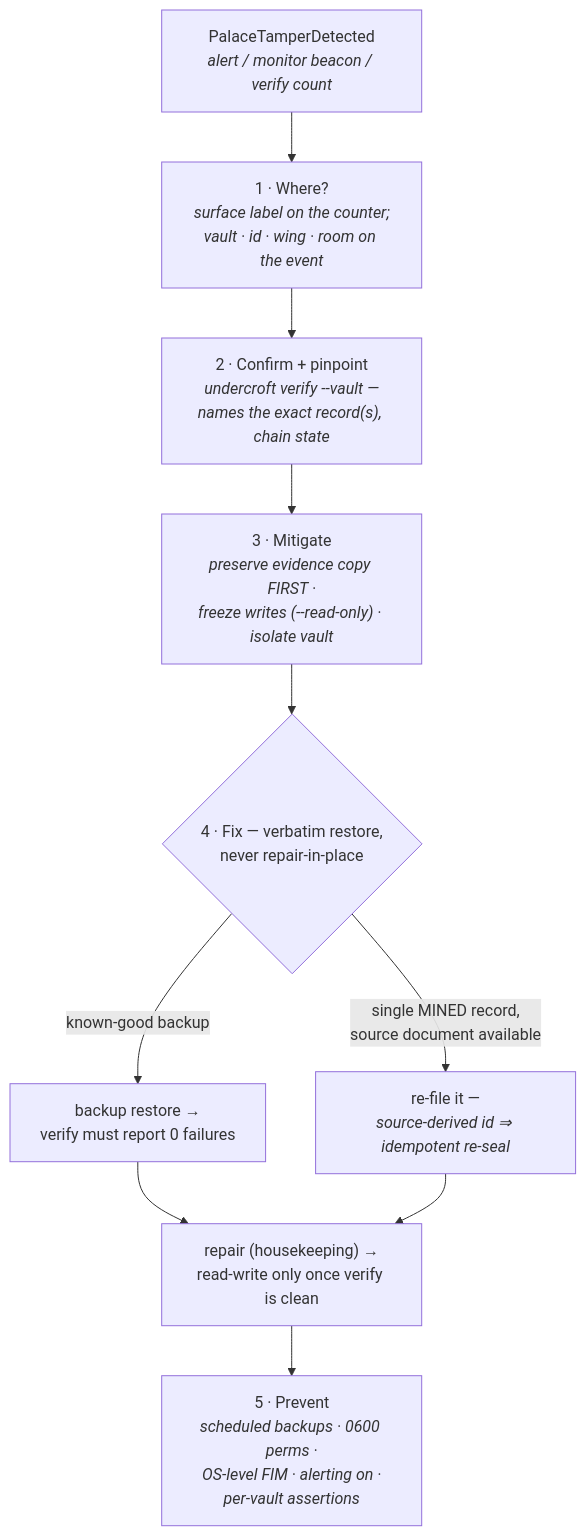
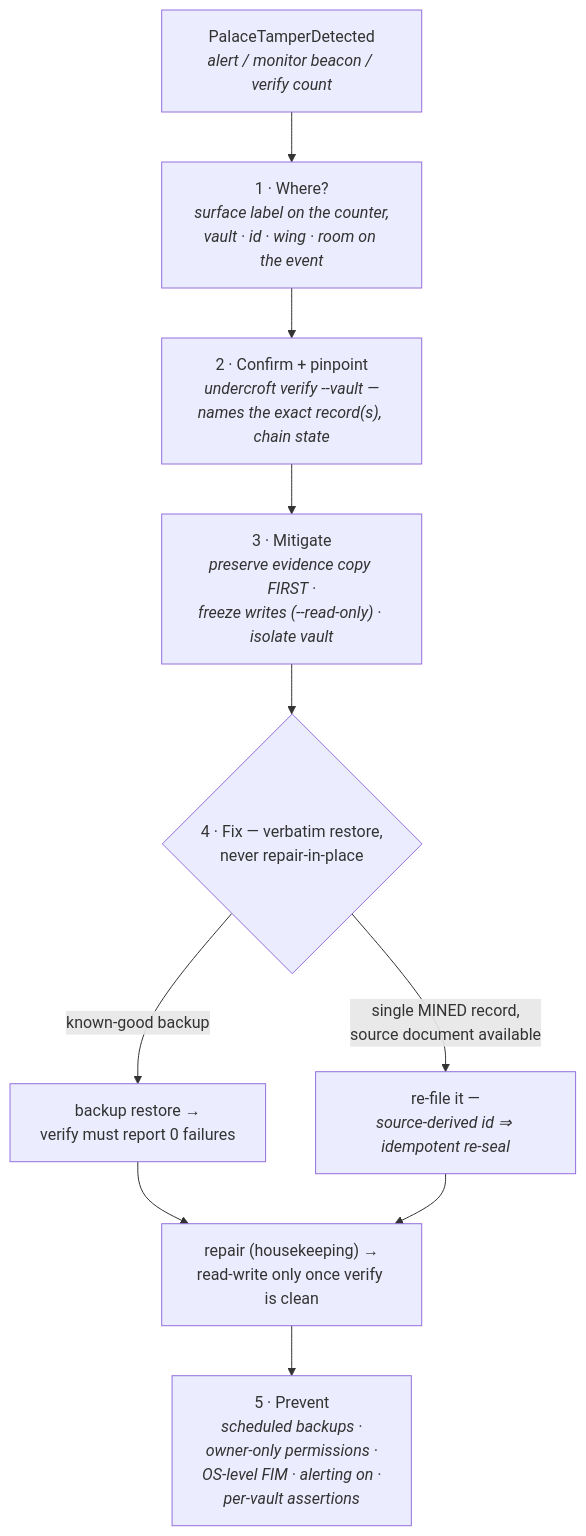
Before and after one commit to sealcroft/undercroft: the diagram in website/src/runbook.md, drawn with Mermaid. The commit also changed other lines of this file and 93 other files, not shown here.

````diff
--- a/website/src/runbook.md
+++ b/website/src/runbook.md
@@ -16,12 +16,12 @@
 ```mermaid
 flowchart TB
-    alert["PalaceTamperDetected<br/><i>alert / monitor beacon / verify count</i>"] --> loc["1 · Where?<br/><i>surface label on the counter;<br/>vault · id · wing · room on the event</i>"]
+    alert["PalaceTamperDetected<br/><i>alert / monitor beacon / verify count</i>"] --> loc["1 · Where?<br/><i>surface label on the counter,<br/>vault · id · wing · room on the event</i>"]
     loc --> conf["2 · Confirm + pinpoint<br/><i>undercroft verify --vault —<br/>names the exact record(s), chain state</i>"]
     conf --> mit["3 · Mitigate<br/><i>preserve evidence copy FIRST ·<br/>freeze writes (--read-only) · isolate vault</i>"]
     mit --> fix{"4 · Fix — verbatim restore,<br/>never repair-in-place"}
     fix -- "known-good backup" --> restore["backup restore →<br/>verify must report 0 failures"]
     fix -- "single MINED record,<br/>source document available" --> refile["re-file it —<br/><i>source-derived id ⇒ idempotent re-seal</i>"]
     restore --> clean["repair (housekeeping) →<br/>read-write only once verify is clean"]
     refile --> clean
-    clean --> prev["5 · Prevent<br/><i>scheduled backups · 0600 perms ·<br/>OS-level FIM · alerting on ·<br/>per-vault assertions</i>"]
+    clean --> prev["5 · Prevent<br/><i>scheduled backups ·<br/>owner-only permissions ·<br/>OS-level FIM · alerting on ·<br/>per-vault assertions</i>"]
 ```
````
